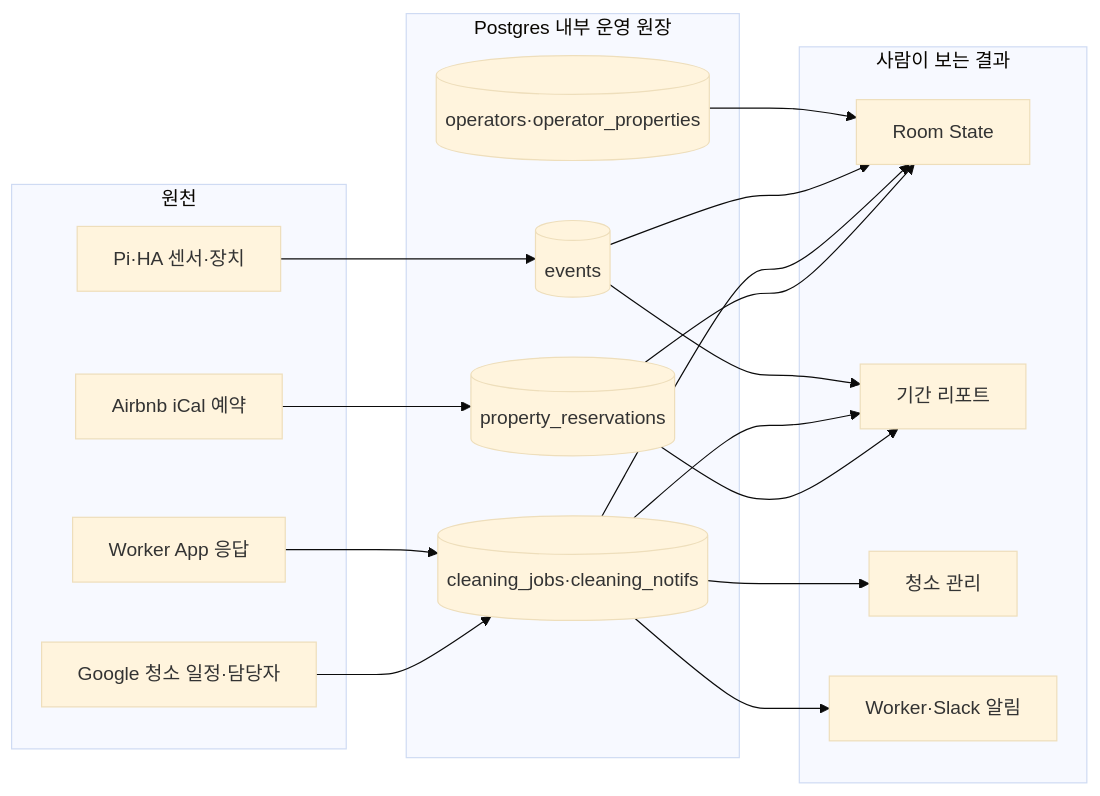
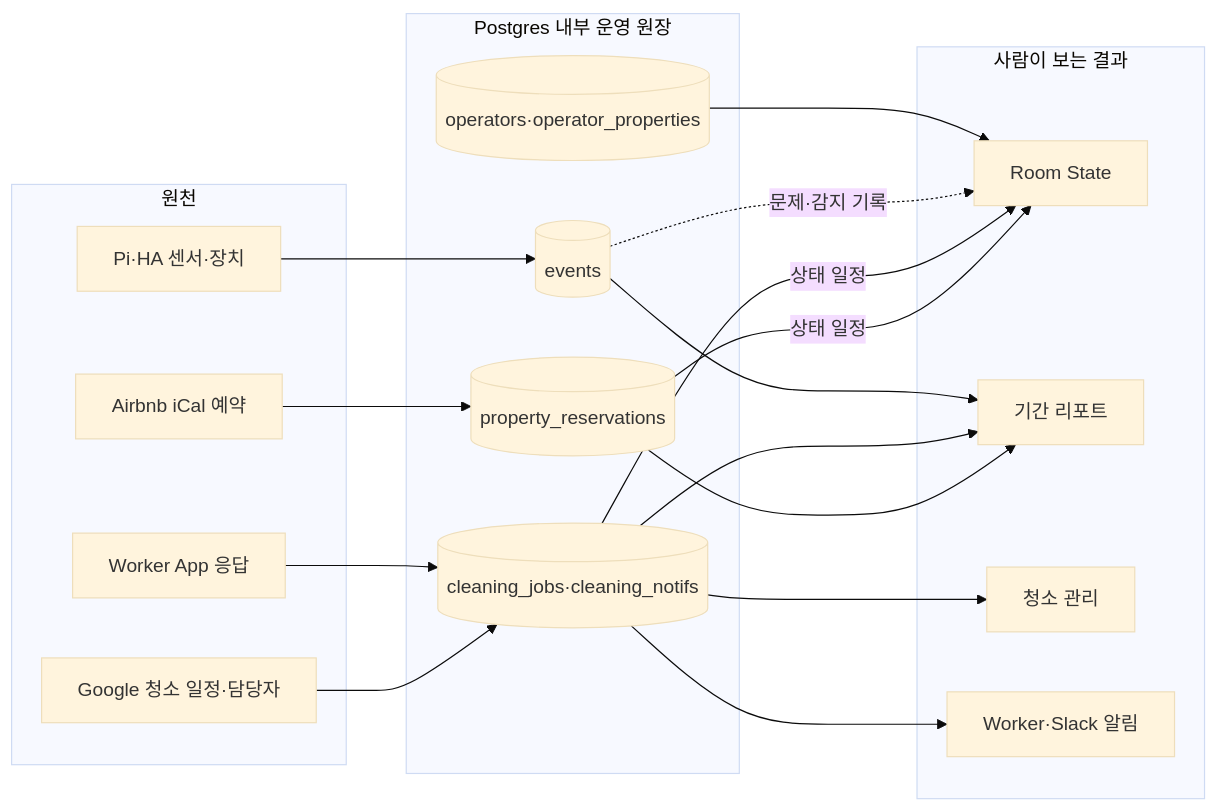
The fourth of 4 diagrams in design_overview.md (adckang/propos), drawn with Mermaid (base theme) before and after one commit. The commit also changed other lines of this file and 7 other files, not shown here.

````diff
--- a/design_overview.md
+++ b/design_overview.md
@@ -325,35 +326,35 @@
 ```mermaid
 flowchart LR
     subgraph Sources[원천]
         Airbnb[Airbnb iCal 예약]
         Google[Google 청소 일정·담당자]
         Pi[Pi·HA 센서·장치]
         Worker[Worker App 응답]
     end
     subgraph Ledger[Postgres 내부 운영 원장]
         Reservation[(property_reservations)]
         Cleaning[(cleaning_jobs·cleaning_notifs)]
         Events[(events)]
         Access[(operators·operator_properties)]
     end
     subgraph Use[사람이 보는 결과]
         Room[Room State]
         Report[기간 리포트]
         CleanUI[청소 관리]
         Alert[Worker·Slack 알림]
     end
 
     Airbnb --> Reservation
     Google --> Cleaning
     Pi --> Events
     Worker --> Cleaning
-    Reservation --> Room
+    Reservation -- 상태 일정 --> Room
     Reservation --> Report
-    Cleaning --> Room
+    Cleaning -- 상태 일정 --> Room
     Cleaning --> Report
     Cleaning --> CleanUI
-    Events --> Room
+    Events -. 문제·감지 기록 .-> Room
     Events --> Report
     Access --> Room
     Cleaning --> Alert
 ```
````
